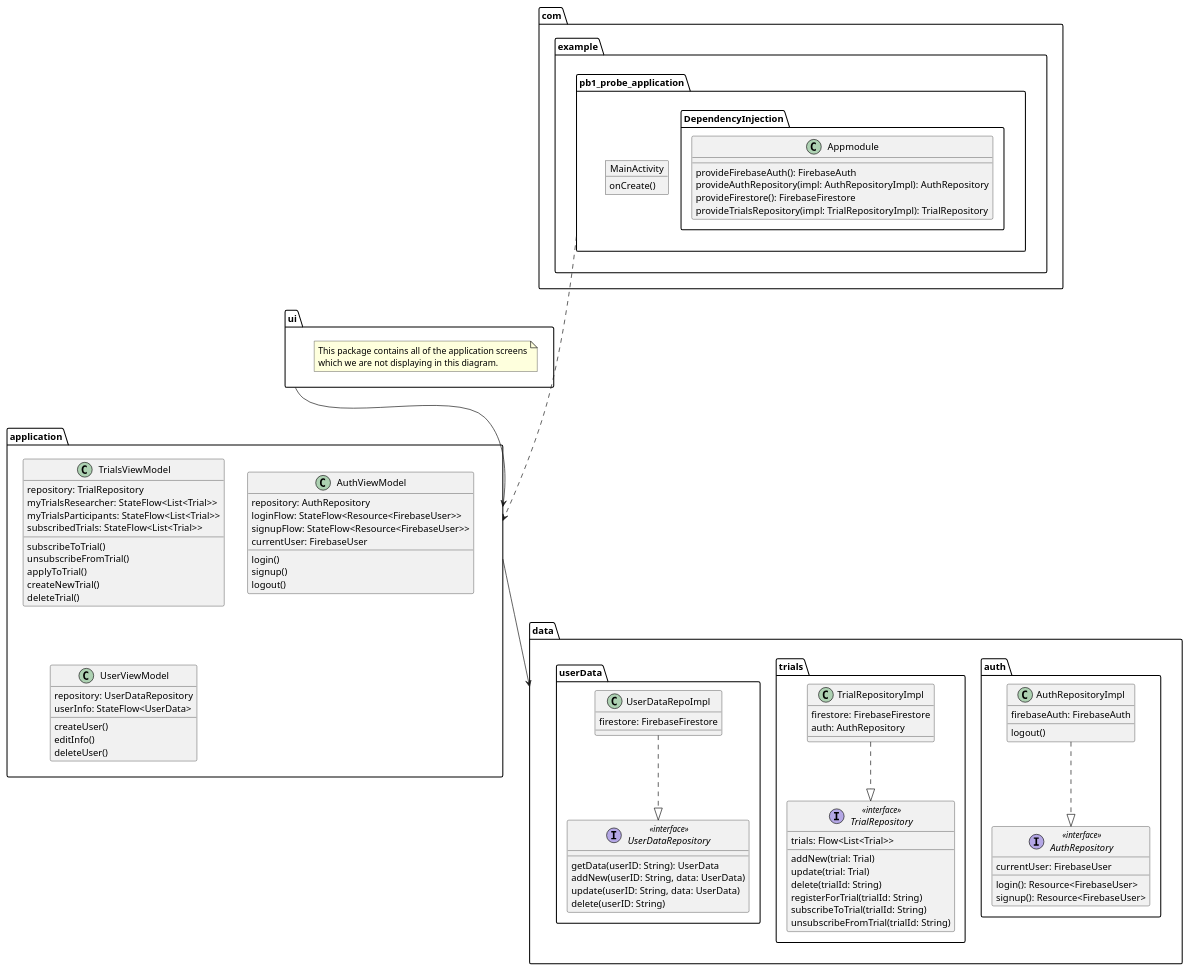
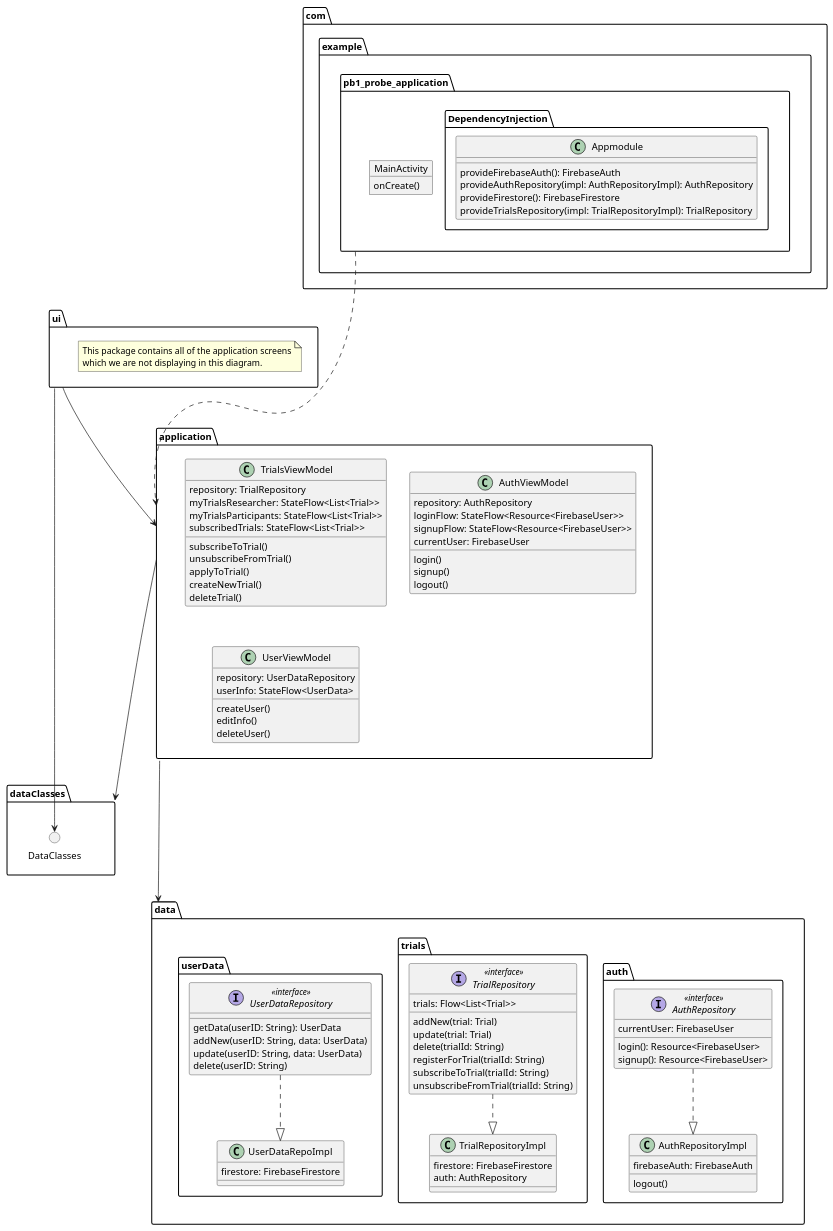
Before and after one commit to MarkBidstrup/PB1: the diagram in PB1ProbeApplication/UML/NewClassDiagram.puml, drawn with PlantUML.

Commit message:
changes in the class diagram

```diff
--- a/PB1ProbeApplication/UML/NewClassDiagram.puml
+++ b/PB1ProbeApplication/UML/NewClassDiagram.puml
@@ -1,122 +1,129 @@
 @startuml
 'https://plantuml.com/class-diagram
 
 package application {
     class TrialsViewModel {
         repository: TrialRepository
         myTrialsResearcher: StateFlow<List<Trial>>
         myTrialsParticipants: StateFlow<List<Trial>>
         subscribedTrials: StateFlow<List<Trial>>
 
         subscribeToTrial()
         unsubscribeFromTrial()
         applyToTrial()
         createNewTrial()
         deleteTrial()
     }
 
     class AuthViewModel {
         repository: AuthRepository
         loginFlow: StateFlow<Resource<FirebaseUser>>
         signupFlow: StateFlow<Resource<FirebaseUser>>
         currentUser: FirebaseUser
         login()
         signup()
         logout()
     }
 
     class UserViewModel {
         repository: UserDataRepository
         userInfo: StateFlow<UserData>
         createUser()
         editInfo()
         deleteUser()
 
     }
 }
 
 
 package data {
 
     package auth {
 
         interface AuthRepository <<interface>> {
             currentUser: FirebaseUser
             login(): Resource<FirebaseUser>
             signup(): Resource<FirebaseUser>
         }
 
         class AuthRepositoryImpl {
             firebaseAuth: FirebaseAuth
             logout()
         }
 
     }
 
     package trials {
         interface TrialRepository <<interface>> {
             trials: Flow<List<Trial>>
 
             addNew(trial: Trial)
             update(trial: Trial)
             delete(trialId: String)
             registerForTrial(trialId: String)
             subscribeToTrial(trialId: String)
             unsubscribeFromTrial(trialId: String)
         }
 
         class TrialRepositoryImpl {
             firestore: FirebaseFirestore
             auth: AuthRepository
         }
 
     }
 
     package userData {
         interface UserDataRepository <<interface>> {
             getData(userID: String): UserData
             addNew(userID: String, data: UserData)
             update(userID: String, data: UserData)
             delete(userID: String)
         }
 
         class UserDataRepoImpl {
             firestore: FirebaseFirestore
         }
 
     }
 }
 
 package ui {
     note "This package contains all of the application screens\nwhich we are not displaying in this diagram." as note
 }
 
 package com.example.pb1_probe_application {
     object MainActivity {
         onCreate()
     }
 
     package DependencyInjection {
         class Appmodule {
             provideFirebaseAuth(): FirebaseAuth
             provideAuthRepository(impl: AuthRepositoryImpl): AuthRepository
             provideFirestore(): FirebaseFirestore
             provideTrialsRepository(impl: TrialRepositoryImpl): TrialRepository
         }
     }
 }
 
+package dataClasses {
+    () DataClasses
+}
+
 'packages
 com.example.pb1_probe_application ....> application
-application -d-> data
+application ---d-> data
 ui ---d> application
+ui -----> DataClasses
+application -> dataClasses
 
 'data package
-AuthRepositoryImpl ..|> AuthRepository
-TrialRepositoryImpl ..|> TrialRepository
-UserDataRepoImpl ..|> UserDataRepository
+AuthRepository ..|> AuthRepositoryImpl
+TrialRepository ..|> TrialRepositoryImpl
+UserDataRepository ..|> UserDataRepoImpl
+
 
 
 
 
 @enduml
```
